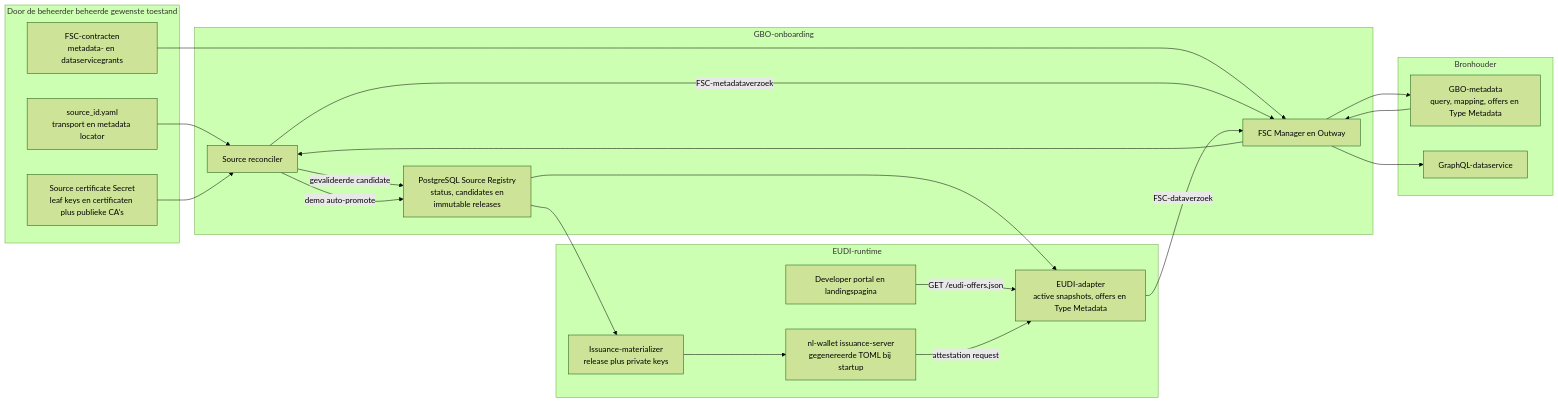
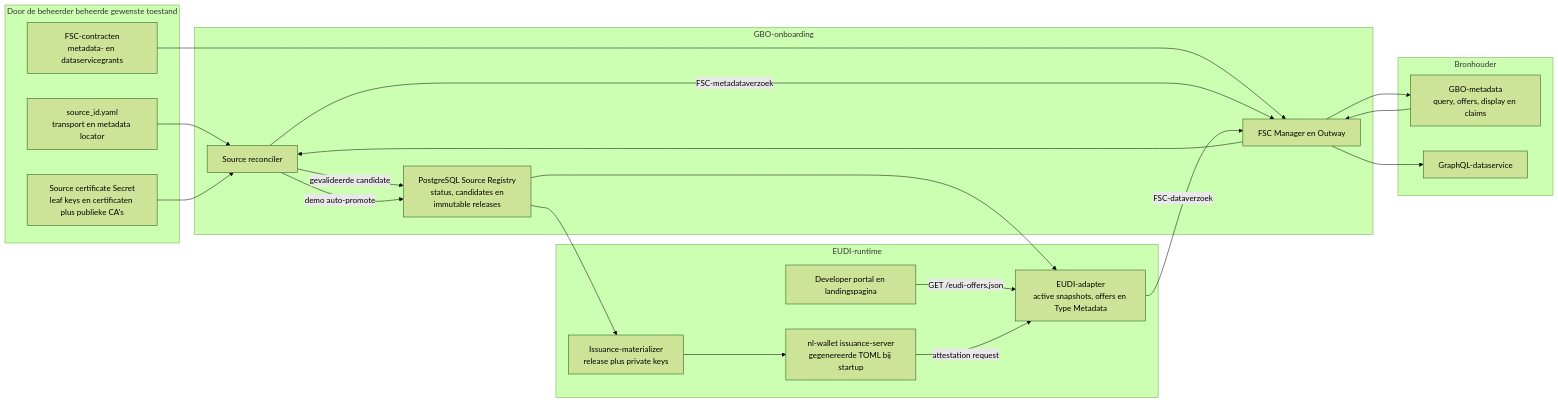
Before and after one commit to ICTU/GBO-demo: the first of 2 diagrams in docs/source-onboarding.md, drawn with Mermaid (forest theme). The commit also changed other lines of this file and 15 other files, not shown here.

````diff
--- a/docs/source-onboarding.md
+++ b/docs/source-onboarding.md
@@ -25,43 +25,43 @@
 ```mermaid
 flowchart LR
     subgraph Desired["Door de beheerder beheerde gewenste toestand"]
         S["source_id.yaml<br/>transport en metadata locator"]
         K["Source certificate Secret<br/>leaf keys en certificaten plus publieke CA's"]
         C["FSC-contracten<br/>metadata- en dataservicegrants"]
     end
 
     subgraph Provider["Bronhouder"]
-        G["GBO-metadata<br/>query, mapping, offers en Type Metadata"]
+        G["GBO-metadata<br/>query, offers, display en claims"]
         D["GraphQL-dataservice"]
     end
 
     subgraph Onboarding["GBO-onboarding"]
         R["Source reconciler"]
         F["FSC Manager en Outway"]
         P["PostgreSQL Source Registry<br/>status, candidates en<br/>immutable releases"]
     end
 
     subgraph Runtime["EUDI-runtime"]
         A["EUDI-adapter<br/>active snapshots, offers en Type Metadata"]
         M["Issuance-materializer<br/>release plus private keys"]
         I["nl-wallet issuance-server<br/>gegenereerde TOML bij startup"]
         U["Developer portal en landingspagina"]
     end
 
     S --> R
     K --> R
     C --> F
     R -->|"FSC-metadataverzoek"| F
     F --> G
     G --> F
     F --> R
     R -->|"gevalideerde candidate"| P
     R -->|"demo auto-promote"| P
     P --> A
     P --> M
     M --> I
     U -->|"GET /eudi-offers.json"| A
     I -->|"attestation request"| A
     A -->|"FSC-dataverzoek"| F
     F --> D
 ```
````
